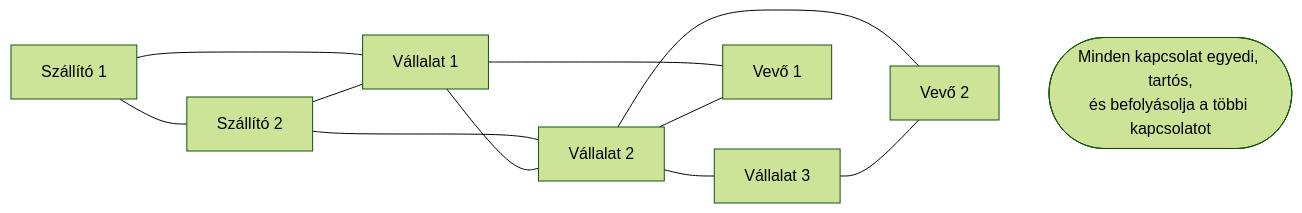
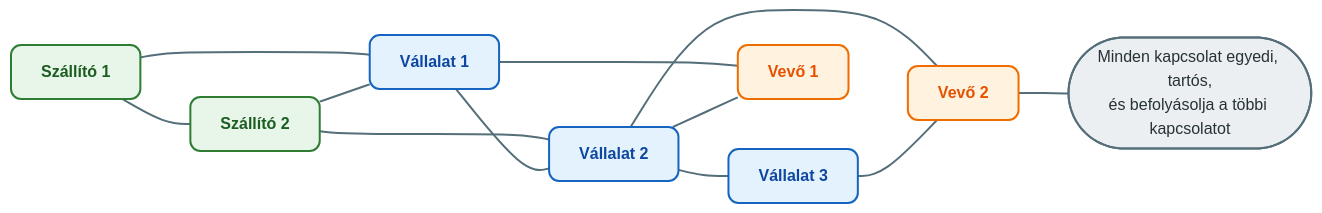
The fourth of 5 diagrams in Tételek/V19-GMXVU2MBLF-Üzleti kölcsönhatások hálózatalapú megközelítése.tétel.md (denespocsik/MM_BSC_Zarovizsga), drawn with Mermaid (forest theme) before and after one commit. The commit also changed other lines of this file and 34 other files, not shown here.

First line of the commit message:
style(tételek): egységes vizuális arculat a Mermaid-diagramokhoz

````diff
--- a/Tételek/V19-GMXVU2MBLF-Üzleti kölcsönhatások hálózatalapú megközelítése.tétel.md
+++ b/Tételek/V19-GMXVU2MBLF-Üzleti kölcsönhatások hálózatalapú megközelítése.tétel.md
@@ -94,16 +117,23 @@
 ```mermaid
 graph LR
-    SZ1["Szállító 1"] --- SZ2["Szállító 2"]
-    SZ1 --- V1["Vállalat 1"]
+    SZ1["<b>Szállító 1</b>"]:::zold --- SZ2["<b>Szállító 2</b>"]:::zold
+    SZ1 --- V1["<b>Vállalat 1</b>"]:::kek
     SZ2 --- V1
-    SZ2 --- V2["Vállalat 2"]
+    SZ2 --- V2["<b>Vállalat 2</b>"]:::kek
     V1 --- V2
-    V2 --- V3["Vállalat 3"]
-    V1 --- K1["Vevő 1"]
+    V2 --- V3["<b>Vállalat 3</b>"]:::kek
+    V1 --- K1["<b>Vevő 1</b>"]:::narancs
     V2 --- K1
-    V2 --- K2["Vevő 2"]
+    V2 --- K2["<b>Vevő 2</b>"]:::narancs
     V3 --- K2
 
-    NOTE(["Minden kapcsolat egyedi, tartós,\nés befolyásolja a többi kapcsolatot"])
+    NOTE(["Minden kapcsolat egyedi, tartós,<br/>és befolyásolja a többi kapcsolatot"]):::szurke
     K2 ~~~ NOTE
+
+    classDef kek     fill:#e3f2fd,stroke:#1565c0,stroke-width:2px,color:#0d47a1,rx:10,ry:10;
+    classDef zold    fill:#e8f5e9,stroke:#2e7d32,stroke-width:2px,color:#1b5e20,rx:10,ry:10;
+    classDef narancs fill:#fff3e0,stroke:#ef6c00,stroke-width:2px,color:#e65100,rx:10,ry:10;
+    classDef szurke  fill:#eceff1,stroke:#546e7a,stroke-width:2px,color:#263238,rx:10,ry:10;
+
+    linkStyle default stroke:#546e7a,stroke-width:2px;
 ```
````
